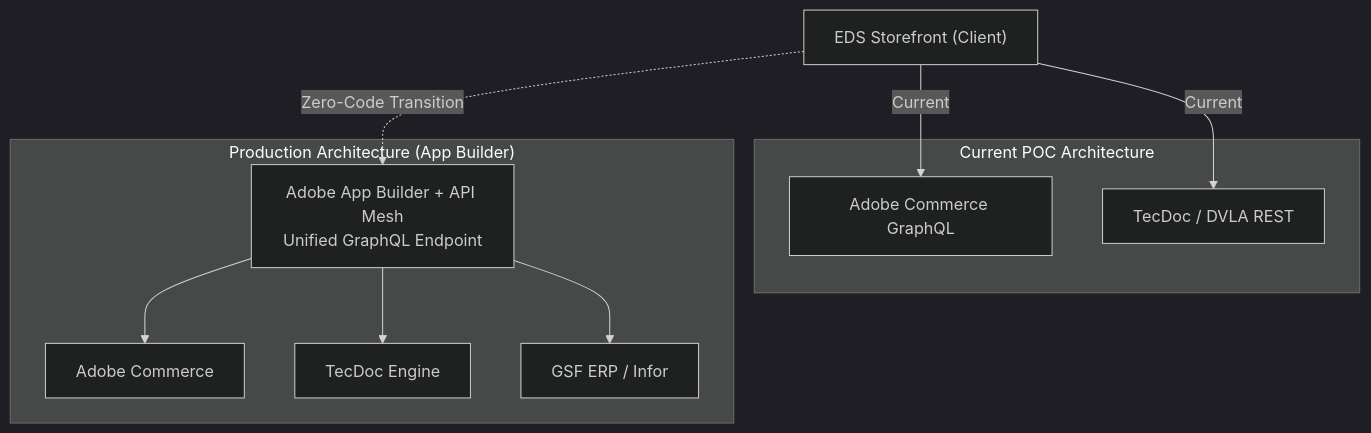
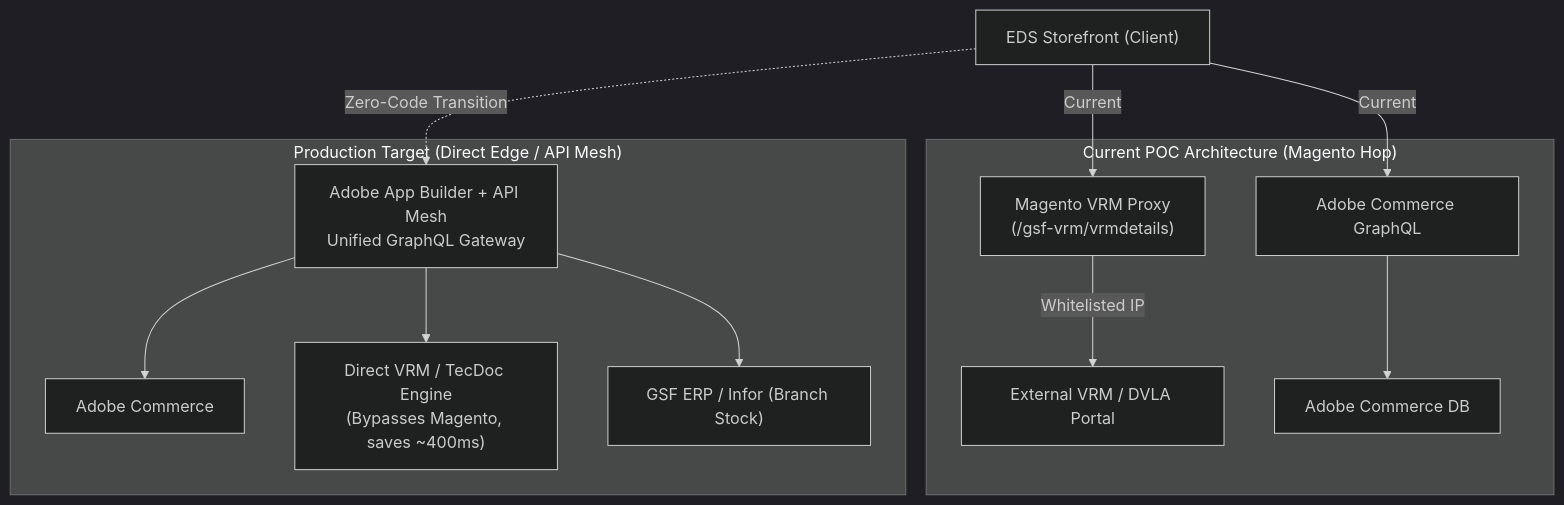
Before and after one commit to prateek654321/gsf-poc: the second of 2 diagrams in POC_DEMO_PREPARATION_AND_QA_GUIDE.md, drawn with Mermaid (dark theme). The commit also changed other lines of this file, not shown here.

Commit message:
docs: update POC guide with VRM Magento proxy vs direct API Mesh architecture

````diff
--- a/POC_DEMO_PREPARATION_AND_QA_GUIDE.md
+++ b/POC_DEMO_PREPARATION_AND_QA_GUIDE.md
@@ -180,21 +192,24 @@
 ```mermaid
 flowchart TD
     Client["EDS Storefront (Client)"]
-    subgraph Current ["Current POC Architecture"]
+    subgraph Current ["Current POC Architecture (Magento Hop)"]
         GQL["Adobe Commerce GraphQL"]
-        REST["TecDoc / DVLA REST"]
+        M_Proxy["Magento VRM Proxy<br/>(/gsf-vrm/vrmdetails)"]
+        VRM_Ext["External VRM / DVLA Portal"]
+        GQL --> AC["Adobe Commerce DB"]
+        M_Proxy -->|Whitelisted IP| VRM_Ext
     end
-    subgraph Future ["Production Architecture (App Builder)"]
-        Mesh["Adobe App Builder + API Mesh<br/>Unified GraphQL Endpoint"]
-        AC["Adobe Commerce"]
-        TD["TecDoc Engine"]
-        ERP["GSF ERP / Infor"]
+    subgraph Future ["Production Target (Direct Edge / API Mesh)"]
+        Mesh["Adobe App Builder + API Mesh<br/>Unified GraphQL Gateway"]
+        AC_Prod["Adobe Commerce"]
+        TD_Prod["Direct VRM / TecDoc Engine<br/>(Bypasses Magento, saves ~400ms)"]
+        ERP["GSF ERP / Infor (Branch Stock)"]
     end
 
     Client -->|Current| GQL
-    Client -->|Current| REST
+    Client -->|Current| M_Proxy
     Client -.->|Zero-Code Transition| Mesh
-    Mesh --> AC
-    Mesh --> TD
+    Mesh --> AC_Prod
+    Mesh --> TD_Prod
     Mesh --> ERP
 ```
````
